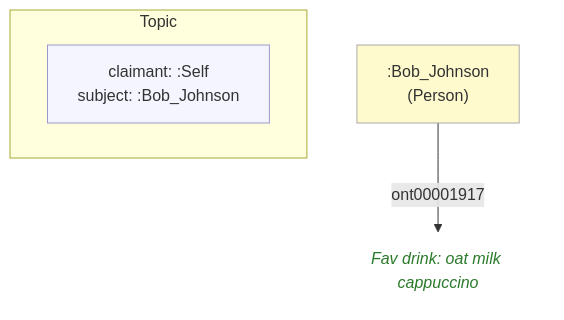
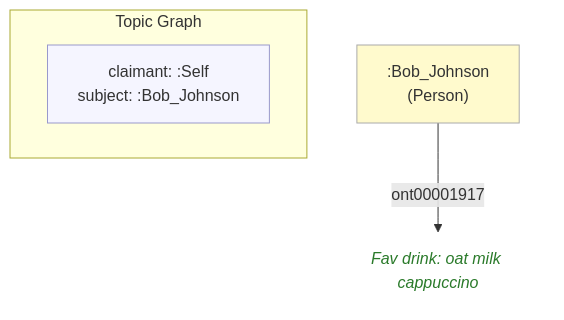
One commit to MeeFoundation/mia-ontologies changed the diagram in example/topics/images/bob-johnson.self(Bob-Johnson)(others)(04).mmd. Above: the diagram before and after it, drawn with Mermaid. The commit also changed 65 other files, not shown here.

First line of the commit message:
Relabel per-topic diagram metadata box "Topic" -> "Topic Graph"

```diff
--- a/example/topics/images/bob-johnson.self(Bob-Johnson)(others)(04).mmd
+++ b/example/topics/images/bob-johnson.self(Bob-Johnson)(others)(04).mmd
@@ -1,16 +1,16 @@
 flowchart TD
     classDef person fill:#fffacd,stroke:#aaa,color:#333
     classDef grp    fill:#d4edda,stroke:#aaa,color:#333
     classDef org    fill:#cce5ff,stroke:#aaa,color:#333
     classDef lit    fill:none,stroke:none,font-style:italic,color:#2a7a2a
     classDef meta   fill:#f5f5ff,stroke:#9999cc,color:#333
 
-    subgraph ctx["Topic"]
+    subgraph ctx["Topic Graph"]
         direction LR
         ctx_meta["claimant: :Self\nsubject: :Bob_Johnson"]:::meta
     end
 
     n166b15bd501b[":Bob_Johnson\n(Person)"]:::person
-    n6a53076332bd("Fav drink: oat milk cappuccino"):::lit
+    nff2c36661fb7("Fav drink: oat milk cappuccino"):::lit
 
-    n166b15bd501b -->|"ont00001917"| n6a53076332bd
+    n166b15bd501b -->|"ont00001917"| nff2c36661fb7
```
